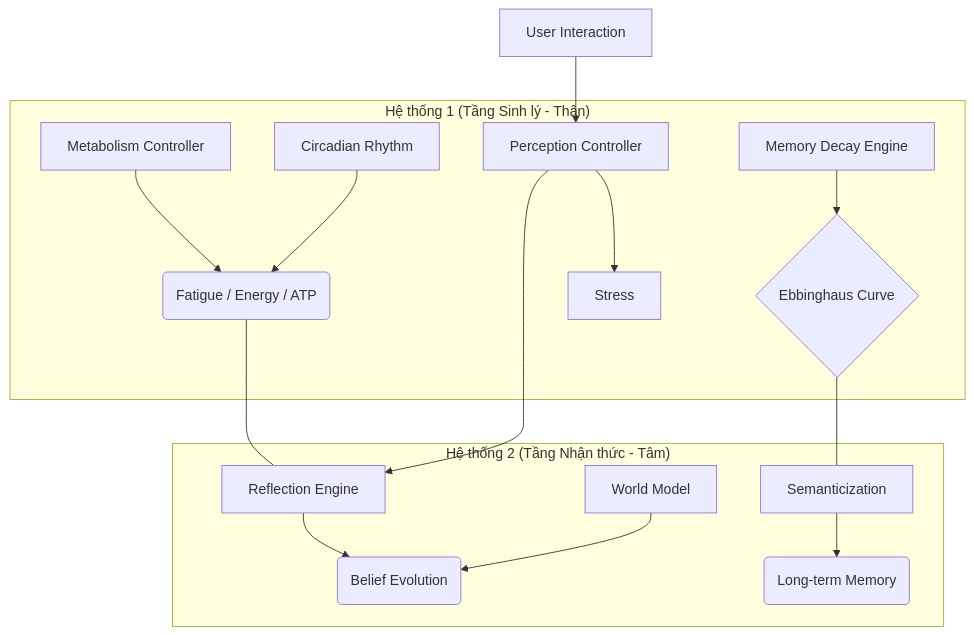
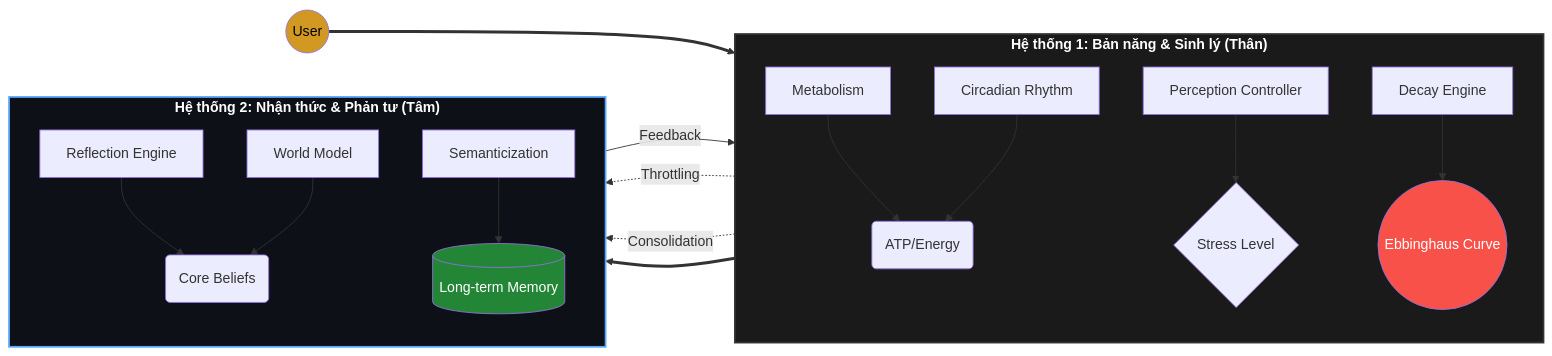
The diagram in README.md (DnT1003/AI-agent-biology-memory-simulator), drawn with Mermaid before and after one commit.

Commit message:
UI/UX: Redesigned architecture diagram in README

````diff
--- a/README.md
+++ b/README.md
@@ -16,20 +16,30 @@
 ```mermaid
-graph TD
-    subgraph "Hệ thống 1 (Tầng Sinh lý - Thân)"
-        A[Metabolism Controller] --> B(Fatigue / Energy / ATP)
-        C[Circadian Rhythm] --> B
-        D[Memory Decay Engine] --> E{Ebbinghaus Curve}
-        P[Perception Controller] --> Stress
+graph LR
+    subgraph S1 ["<b>Hệ thống 1: Bản năng & Sinh lý (Thân)</b>"]
+        direction TB
+        A1[Metabolism] --> B1(ATP/Energy)
+        C1[Circadian Rhythm] --> B1
+        D1[Perception Controller] --> E1{Stress Level}
+        F1[Decay Engine] --> G1((Ebbinghaus Curve))
     end
 
-    subgraph "Hệ thống 2 (Tầng Nhận thức - Tâm)"
-        F[Reflection Engine] --> G(Belief Evolution)
-        H[Semanticization] --> I(Long-term Memory)
-        W[World Model] --> G
+    subgraph S2 ["<b>Hệ thống 2: Nhận thức & Phản tư (Tâm)</b>"]
+        direction TB
+        H2[Reflection Engine] --> I2(Core Beliefs)
+        J2[Semanticization] --> K2[(Long-term Memory)]
+        L2[World Model] --> I2
     end
 
-    B --- F
-    E --- H
-    J[User Interaction] --> P
-    P --> F
+    %% Interconnections
+    B1 -.->|Throttling| H2
+    G1 -.->|Consolidation| J2
+    User((User)) ==> D1
+    D1 ==> H2
+    H2 -->|Feedback| D1
+
+    style S1 fill:#1a1a1a,stroke:#333,stroke-width:2px,color:#fff
+    style S2 fill:#0d1117,stroke:#58a6ff,stroke-width:2px,color:#fff
+    style G1 fill:#f85149,color:#fff
+    style K2 fill:#238636,color:#fff
+    style User fill:#d29922,color:#000
 ```
````
